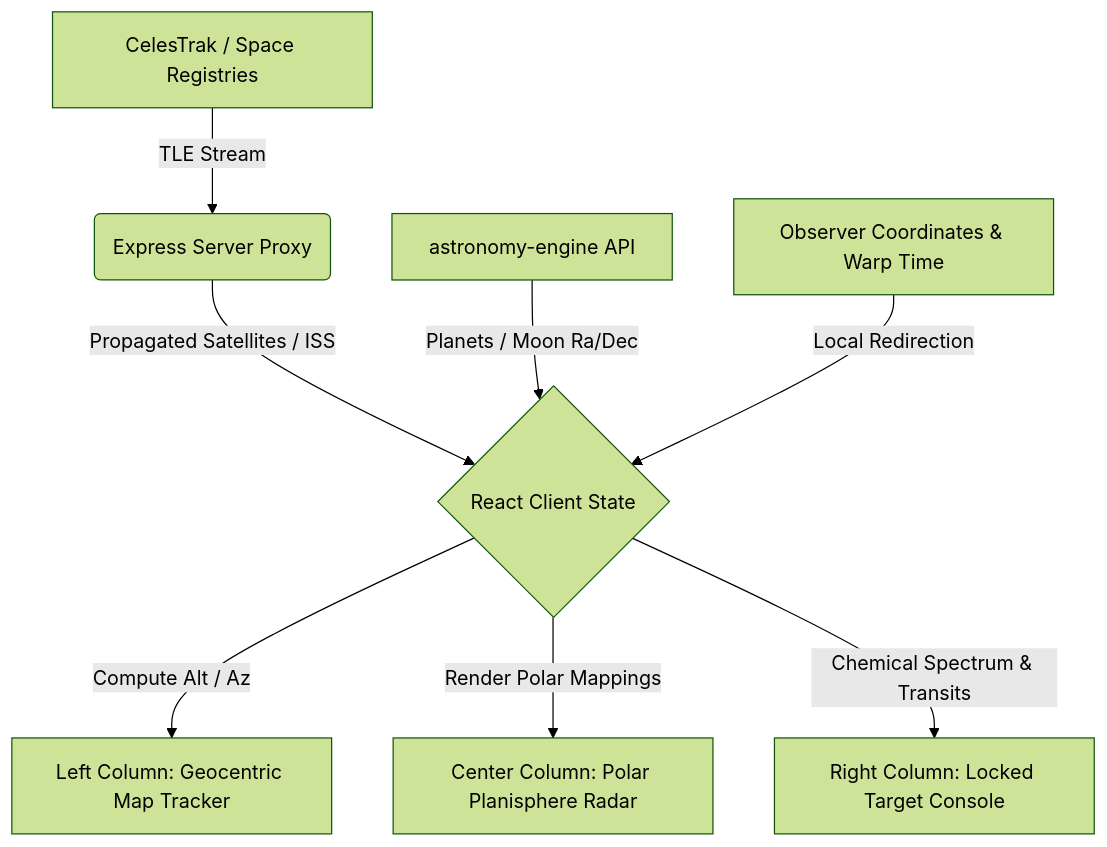
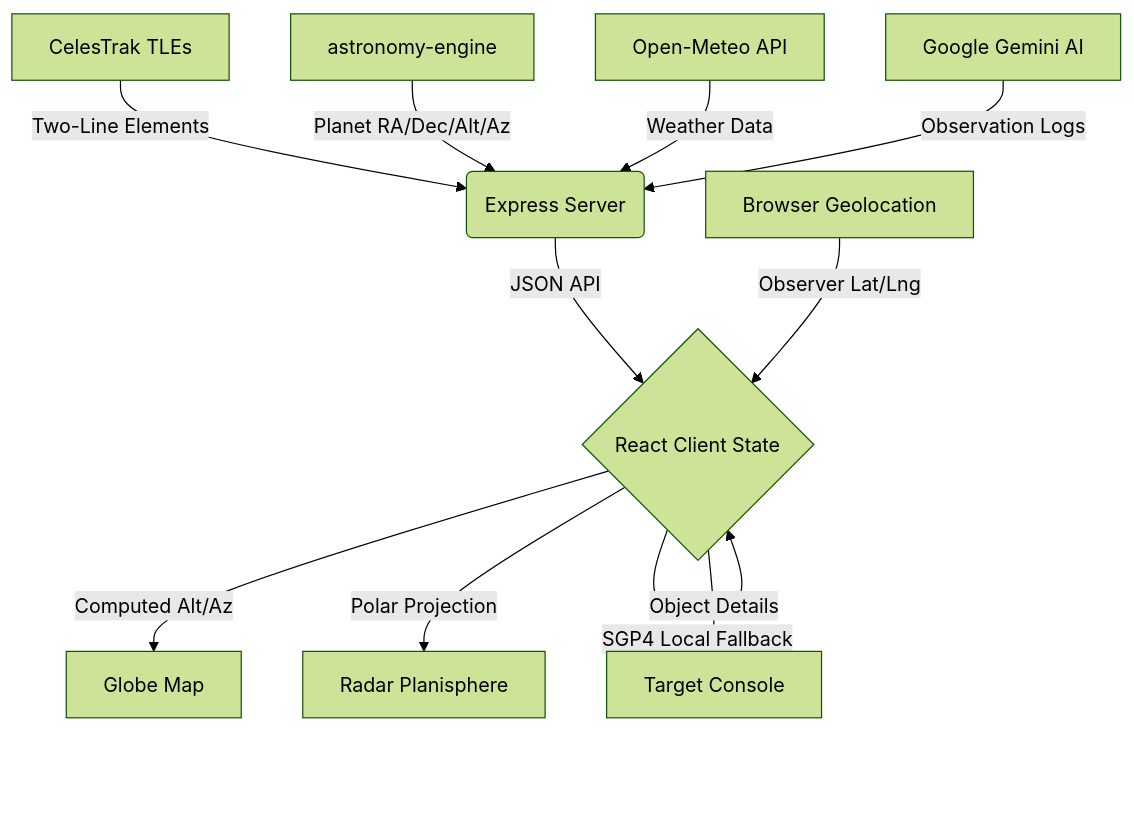
One commit to reshmanth-sai/Project-Zenith changed the diagram in README.md. Above: the diagram before and after it, drawn with Mermaid (forest theme). The commit also changed other lines of this file, not shown here.

Commit message:
docs: comprehensive README with setup, API keys, dependencies & architecture

````diff
--- a/README.md
+++ b/README.md
@@ -40,10 +82,13 @@
 ```mermaid
 graph TD
-    A[CelesTrak / Space Registries] -->|TLE Stream| B(Express Server Proxy)
-    B -->|Propagated Satellites / ISS| C{React Client State}
-    D[astronomy-engine API] -->|Planets / Moon Ra/Dec| C
-    E[Observer Coordinates & Warp Time] -->|Local Redirection| C
-    C -->|Compute Alt / Az| F[Left Column: Geocentric Map Tracker]
-    C -->|Render Polar Mappings| G[Center Column: Polar Planisphere Radar]
-    C -->|Chemical Spectrum & Transits| H[Right Column: Locked Target Console]
+    A[CelesTrak TLEs] -->|Two-Line Elements| B(Express Server)
+    D[astronomy-engine] -->|Planet RA/Dec/Alt/Az| B
+    W[Open-Meteo API] -->|Weather Data| B
+    G[Google Gemini AI] -->|Observation Logs| B
+    B -->|JSON API| C{React Client State}
+    L[Browser Geolocation] -->|Observer Lat/Lng| C
+    C -->|SGP4 Local Fallback| C
+    C -->|Computed Alt/Az| F[Globe Map]
+    C -->|Polar Projection| R[Radar Planisphere]
+    C -->|Object Details| P[Target Console]
 ```
````
